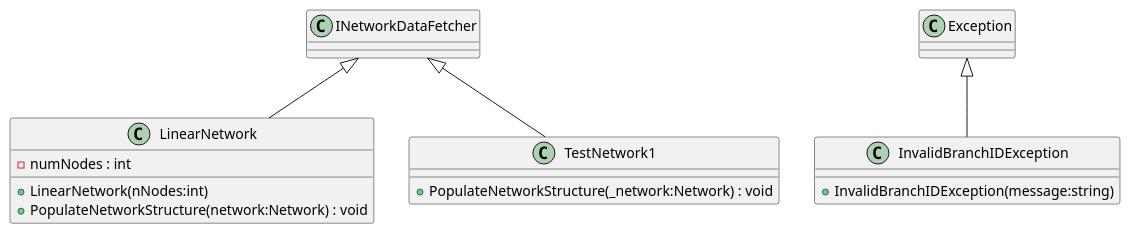
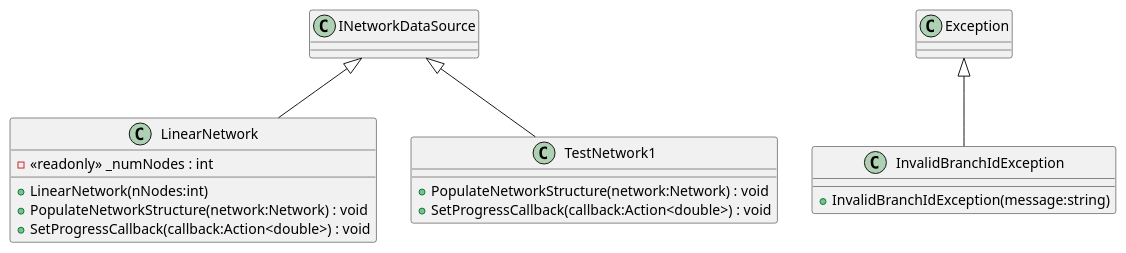
One commit to Liftyee/london-tube-navigator changed the diagram in TubeChallengeRouter/puml/DataFetcher/TestingNetworks.puml. Above: the diagram before and after it, drawn with PlantUML. The commit also changed 26 other files, not shown here.

```diff
--- a/TubeChallengeRouter/puml/DataFetcher/TestingNetworks.puml
+++ b/TubeChallengeRouter/puml/DataFetcher/TestingNetworks.puml
@@ -1,16 +1,18 @@
 @startuml
 class LinearNetwork {
-    - numNodes : int
+    - <<readonly>> _numNodes : int
     + LinearNetwork(nNodes:int)
     + PopulateNetworkStructure(network:Network) : void
+    + SetProgressCallback(callback:Action<double>) : void
 }
 class TestNetwork1 {
-    + PopulateNetworkStructure(_network:Network) : void
+    + PopulateNetworkStructure(network:Network) : void
+    + SetProgressCallback(callback:Action<double>) : void
 }
-class InvalidBranchIDException {
-    + InvalidBranchIDException(message:string)
+class InvalidBranchIdException {
+    + InvalidBranchIdException(message:string)
 }
-INetworkDataFetcher <|-- LinearNetwork
-INetworkDataFetcher <|-- TestNetwork1
-Exception <|-- InvalidBranchIDException
+INetworkDataSource <|-- LinearNetwork
+INetworkDataSource <|-- TestNetwork1
+Exception <|-- InvalidBranchIdException
 @enduml
```
